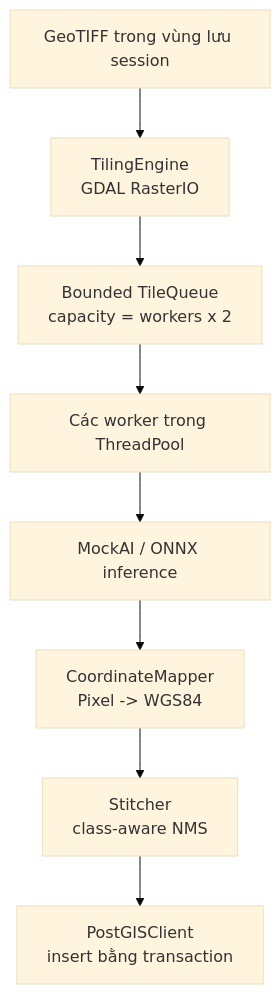
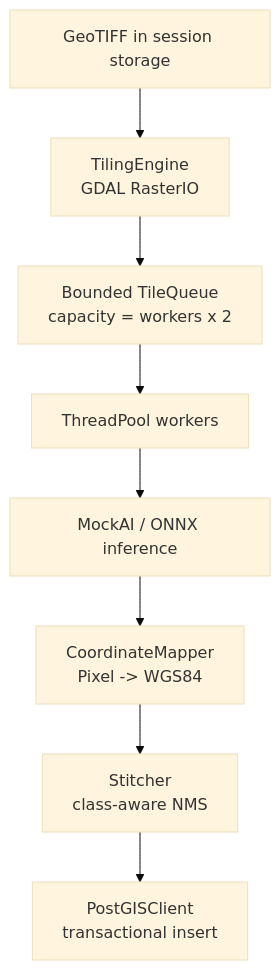
Before and after one commit to Dinhthuy2k5/remote-sensing-pipeline: the second of 2 diagrams in README.md, drawn with Mermaid (base theme). The commit also changed other lines of this file and 4 other files, not shown here.

Commit message:
docs: localize documentation and keep diagrams precise

````diff
--- a/README.md
+++ b/README.md
@@ -66,14 +66,14 @@
 ```mermaid
 flowchart TB
-    Upload["GeoTIFF trong vùng lưu session"]
+    Upload["GeoTIFF in session storage"]
     Tiler["TilingEngine<br/>GDAL RasterIO"]
     Queue["Bounded TileQueue<br/>capacity = workers x 2"]
-    Workers["Các worker trong ThreadPool"]
+    Workers["ThreadPool workers"]
     Infer["MockAI / ONNX inference"]
     Map["CoordinateMapper<br/>Pixel -> WGS84"]
     NMS["Stitcher<br/>class-aware NMS"]
-    Save["PostGISClient<br/>insert bằng transaction"]
+    Save["PostGISClient<br/>transactional insert"]
 
     Upload --> Tiler --> Queue --> Workers
     Workers --> Infer --> Map --> NMS --> Save
 ```
````
